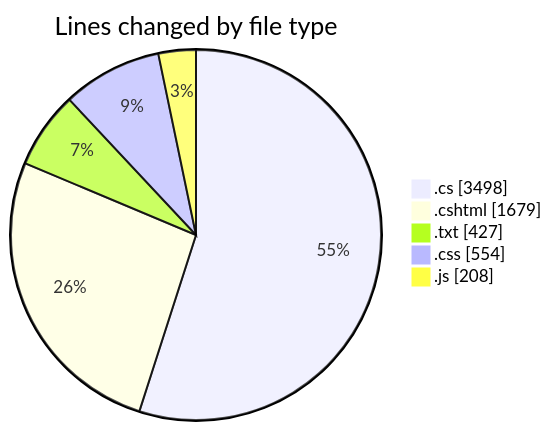
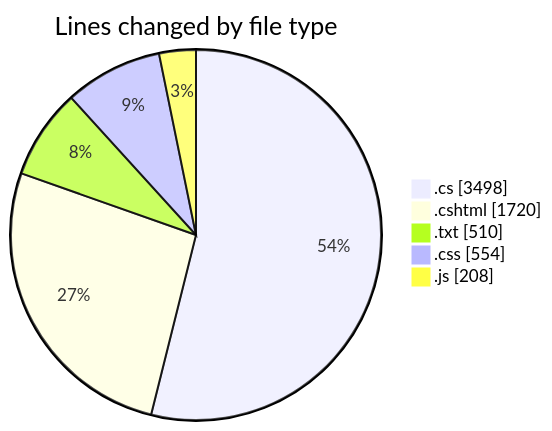
One commit to lephambinh05/code-tracking changed the first of 2 diagrams in 2025-07-28/quanlyrapchieuphim-1/README.md. Above: the diagram before and after it, drawn with Mermaid. The commit also changed other lines of this file and 1 other file, not shown here.

````diff
--- a/2025-07-28/quanlyrapchieuphim-1/README.md
+++ b/2025-07-28/quanlyrapchieuphim-1/README.md
@@ -36,9 +36,9 @@
 ```mermaid
 pie showData
 title Lines changed by file type
 ".cs" : 3498
-".cshtml" : 1679
-".txt" : 427
+".cshtml" : 1720
+".txt" : 510
 ".css" : 554
 ".js" : 208
 ```
````
